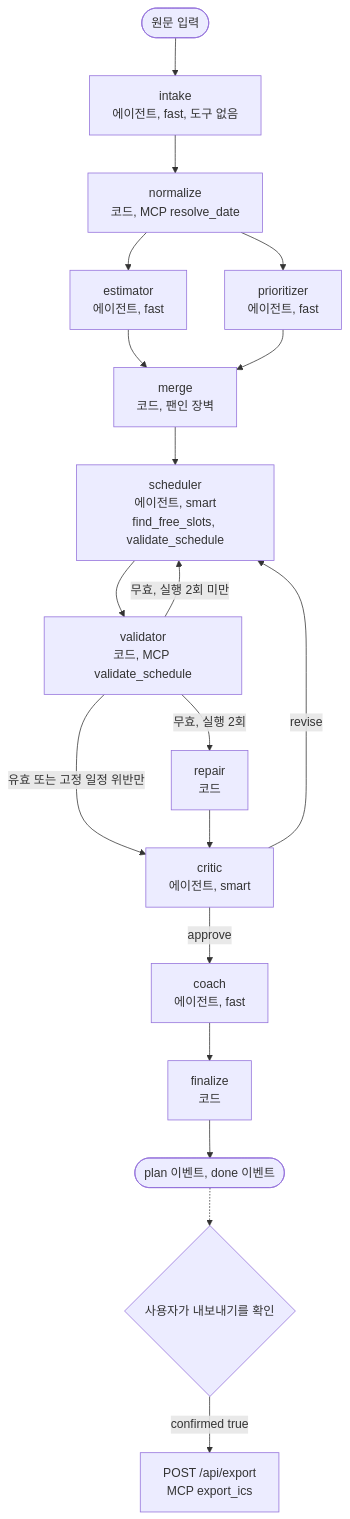
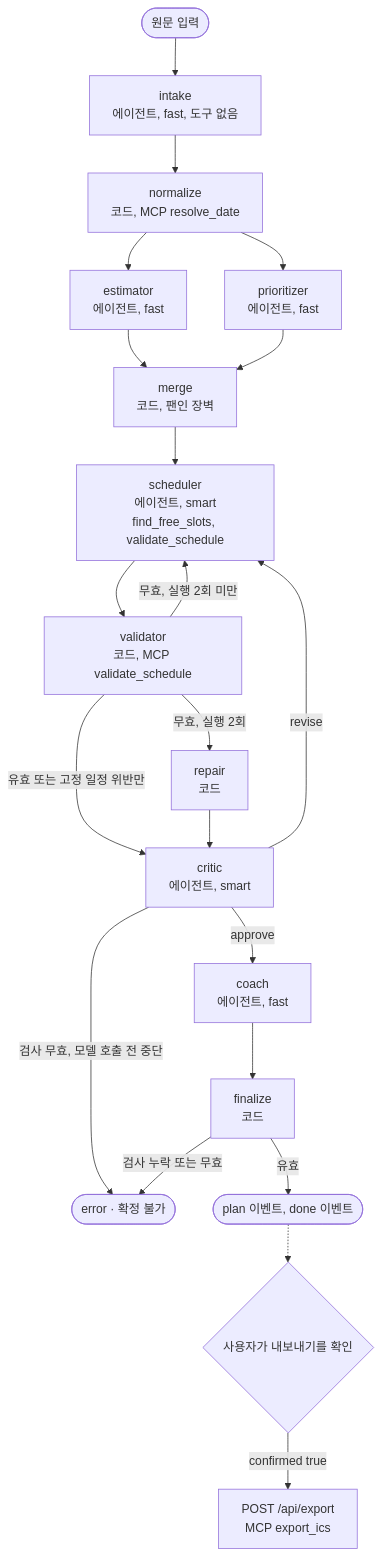
The diagram in docs/diagrams/workflow.mmd (moondh99/haru-seolgye), drawn with Mermaid before and after one commit. The commit also changed 19 other files, not shown here.

Commit message:
Guarantee valid plans and add review and restore flow

```diff
--- a/docs/diagrams/workflow.mmd
+++ b/docs/diagrams/workflow.mmd
@@ -1,19 +1,21 @@
 flowchart TD
     input(["원문 입력"]) --> intake["intake<br/>에이전트, fast, 도구 없음"]
     intake --> normalize["normalize<br/>코드, MCP resolve_date"]
     normalize --> estimator["estimator<br/>에이전트, fast"]
     normalize --> prioritizer["prioritizer<br/>에이전트, fast"]
     estimator --> merge["merge<br/>코드, 팬인 장벽"]
     prioritizer --> merge
     merge --> scheduler["scheduler<br/>에이전트, smart<br/>find_free_slots, validate_schedule"]
     scheduler --> validator["validator<br/>코드, MCP validate_schedule"]
     validator -->|"유효 또는 고정 일정 위반만"| critic["critic<br/>에이전트, smart"]
     validator -->|"무효, 실행 2회 미만"| scheduler
     validator -->|"무효, 실행 2회"| repair["repair<br/>코드"]
     repair --> critic
     critic -->|"revise"| scheduler
     critic -->|"approve"| coach["coach<br/>에이전트, fast"]
     coach --> finalize["finalize<br/>코드"]
-    finalize --> result(["plan 이벤트, done 이벤트"])
+    critic -->|"검사 무효, 모델 호출 전 중단"| invalid(["error · 확정 불가"])
+    finalize -->|"검사 누락 또는 무효"| invalid
+    finalize -->|"유효"| result(["plan 이벤트, done 이벤트"])
     result -.-> confirm{"사용자가 내보내기를 확인"}
     confirm -->|"confirmed true"| export["POST /api/export<br/>MCP export_ics"]
```
